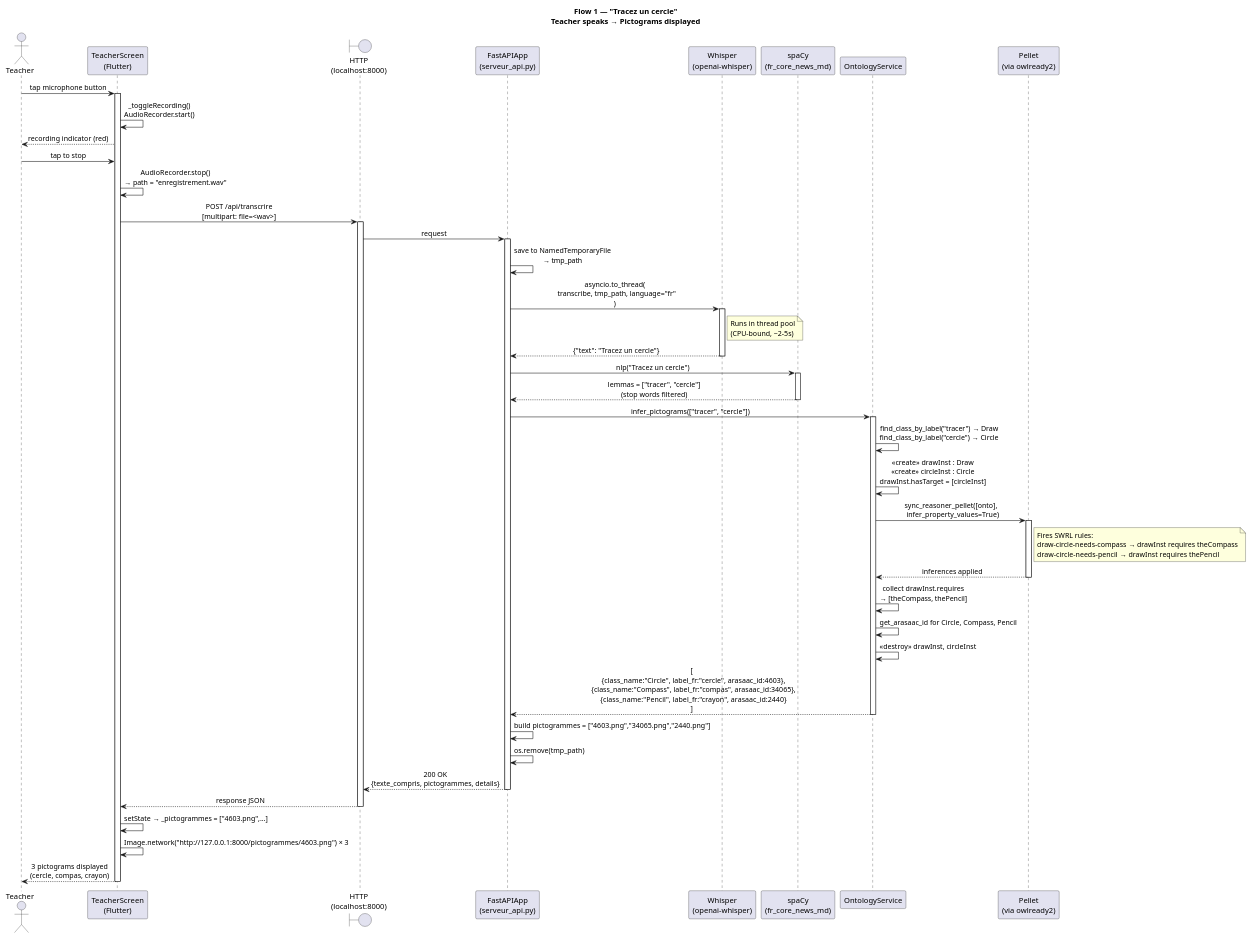
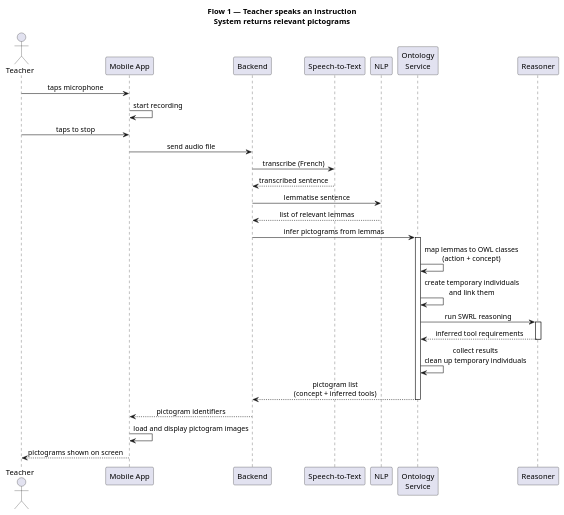
The diagram in docs/uml/sequence_teacher_flow.puml (A-Stupu/PictExpress_app), drawn with PlantUML before and after one commit. The commit also changed 2 other files, not shown here.

Commit message:
docs: remove tables from report, simplify sequence diagrams to workflow level
PROJECT_REPORT.md: all tables replaced with prose and lists.
sequence_teacher_flow.puml: abstract workflow (no file names, IDs, URLs,
  method signatures — only roles and message intent).
sequence_child_flow.puml: same treatment, shows CDN flow conceptually.

```diff
--- a/docs/uml/sequence_teacher_flow.puml
+++ b/docs/uml/sequence_teacher_flow.puml
@@ -1,82 +1,47 @@
 @startuml sequence_teacher_flow
-title Flow 1 — "Tracez un cercle"\nTeacher speaks → Pictograms displayed
+title Flow 1 — Teacher speaks an instruction\nSystem returns relevant pictograms
 
 skinparam sequenceMessageAlign center
 skinparam responseMessageBelowArrow true
 
-actor       "Teacher"           as T
-participant "TeacherScreen\n(Flutter)"     as UI
-boundary    "HTTP\n(localhost:8000)"        as HTTP
-participant "FastAPIApp\n(serveur_api.py)" as API
-participant "Whisper\n(openai-whisper)"    as Whisper
-participant "spaCy\n(fr_core_news_md)"    as NLP
-participant "OntologyService"             as OWL
-participant "Pellet\n(via owlready2)"     as Pellet
+actor       "Teacher"        as T
+participant "Mobile App"     as App
+participant "Backend"        as API
+participant "Speech-to-Text" as STT
+participant "NLP"            as NLP
+participant "Ontology\nService" as OWL
+participant "Reasoner"       as Pellet
 
-T -> UI : tap microphone button
-activate UI
-UI -> UI : _toggleRecording()\nAudioRecorder.start()
-UI --> T : recording indicator (red)
+T -> App : taps microphone
+App -> App : start recording
 
-T -> UI : tap to stop
-UI -> UI : AudioRecorder.stop()\n→ path = "enregistrement.wav"
+T -> App : taps to stop
+App -> API : send audio file
 
-UI -> HTTP : POST /api/transcrire\n[multipart: file=<wav>]
-activate HTTP
-HTTP -> API : request
-activate API
+API -> STT : transcribe (French)
+STT --> API : transcribed sentence
 
-API -> API : save to NamedTemporaryFile\n→ tmp_path
+API -> NLP : lemmatise sentence
+NLP --> API : list of relevant lemmas
 
-API -> Whisper : asyncio.to_thread(\n  transcribe, tmp_path, language="fr"\n)
-activate Whisper
-note right of Whisper
-  Runs in thread pool
-  (CPU-bound, ~2-5s)
-end note
-Whisper --> API : {"text": "Tracez un cercle"}
-deactivate Whisper
-
-API -> NLP : nlp("Tracez un cercle")
-activate NLP
-NLP --> API : lemmas = ["tracer", "cercle"]\n(stop words filtered)
-deactivate NLP
-
-API -> OWL : infer_pictograms(["tracer", "cercle"])
+API -> OWL : infer pictograms from lemmas
 activate OWL
 
-OWL -> OWL : find_class_by_label("tracer") → Draw\nfind_class_by_label("cercle") → Circle
+OWL -> OWL : map lemmas to OWL classes\n(action + concept)
+OWL -> OWL : create temporary individuals\nand link them
 
-OWL -> OWL : <<create>> drawInst : Draw\n<<create>> circleInst : Circle\ndrawInst.hasTarget = [circleInst]
-
-OWL -> Pellet : sync_reasoner_pellet([onto],\n  infer_property_values=True)
+OWL -> Pellet : run SWRL reasoning
 activate Pellet
-note right of Pellet
-  Fires SWRL rules:
-  draw-circle-needs-compass → drawInst requires theCompass
-  draw-circle-needs-pencil  → drawInst requires thePencil
-end note
-Pellet --> OWL : inferences applied
+Pellet --> OWL : inferred tool requirements
 deactivate Pellet
 
-OWL -> OWL : collect drawInst.requires\n→ [theCompass, thePencil]
-OWL -> OWL : get_arasaac_id for Circle, Compass, Pencil
-OWL -> OWL : <<destroy>> drawInst, circleInst
-
-OWL --> API : [\n  {class_name:"Circle",  label_fr:"cercle", arasaac_id:4603},\n  {class_name:"Compass", label_fr:"compas", arasaac_id:34065},\n  {class_name:"Pencil",  label_fr:"crayon", arasaac_id:2440}\n]
+OWL -> OWL : collect results\nclean up temporary individuals
+OWL --> API : pictogram list\n(concept + inferred tools)
 deactivate OWL
 
-API -> API : build pictogrammes = ["4603.png","34065.png","2440.png"]
-API -> API : os.remove(tmp_path)
+API --> App : pictogram identifiers
 
-API --> HTTP : 200 OK\n{texte_compris, pictogrammes, details}
-deactivate API
-HTTP --> UI : response JSON
-deactivate HTTP
-
-UI -> UI : setState → _pictogrammes = ["4603.png",...]
-UI -> UI : Image.network("http://127.0.0.1:8000/pictogrammes/4603.png") × 3
-UI --> T : 3 pictograms displayed\n(cercle, compas, crayon)
-deactivate UI
+App -> App : load and display pictogram images
+App --> T : pictograms shown on screen
 
 @enduml
```
